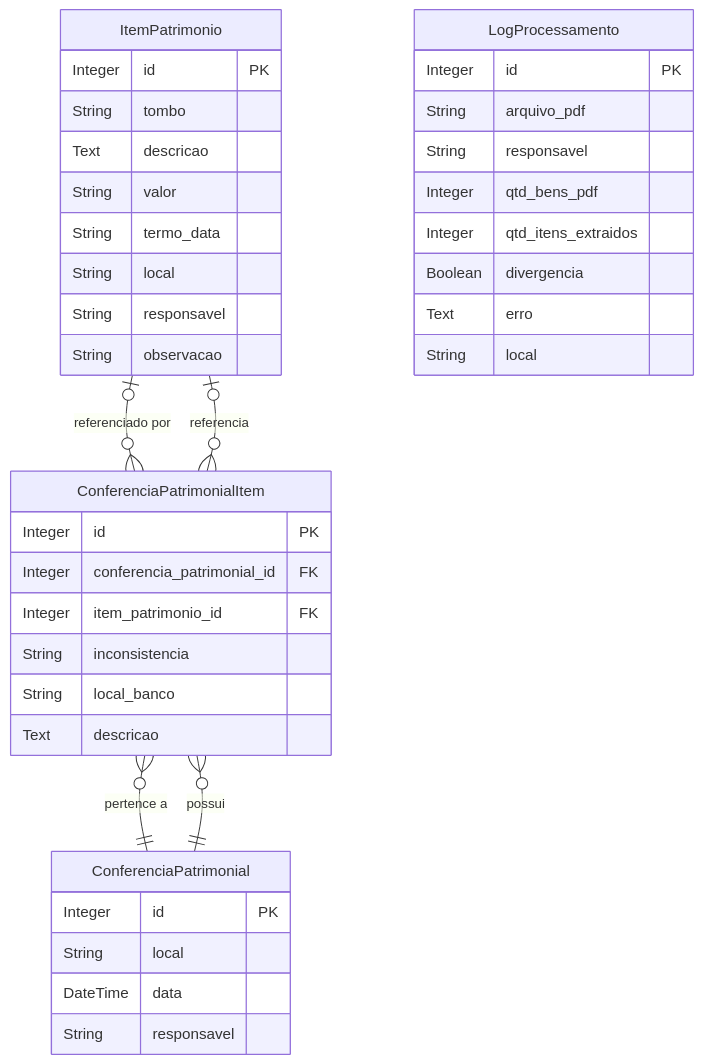
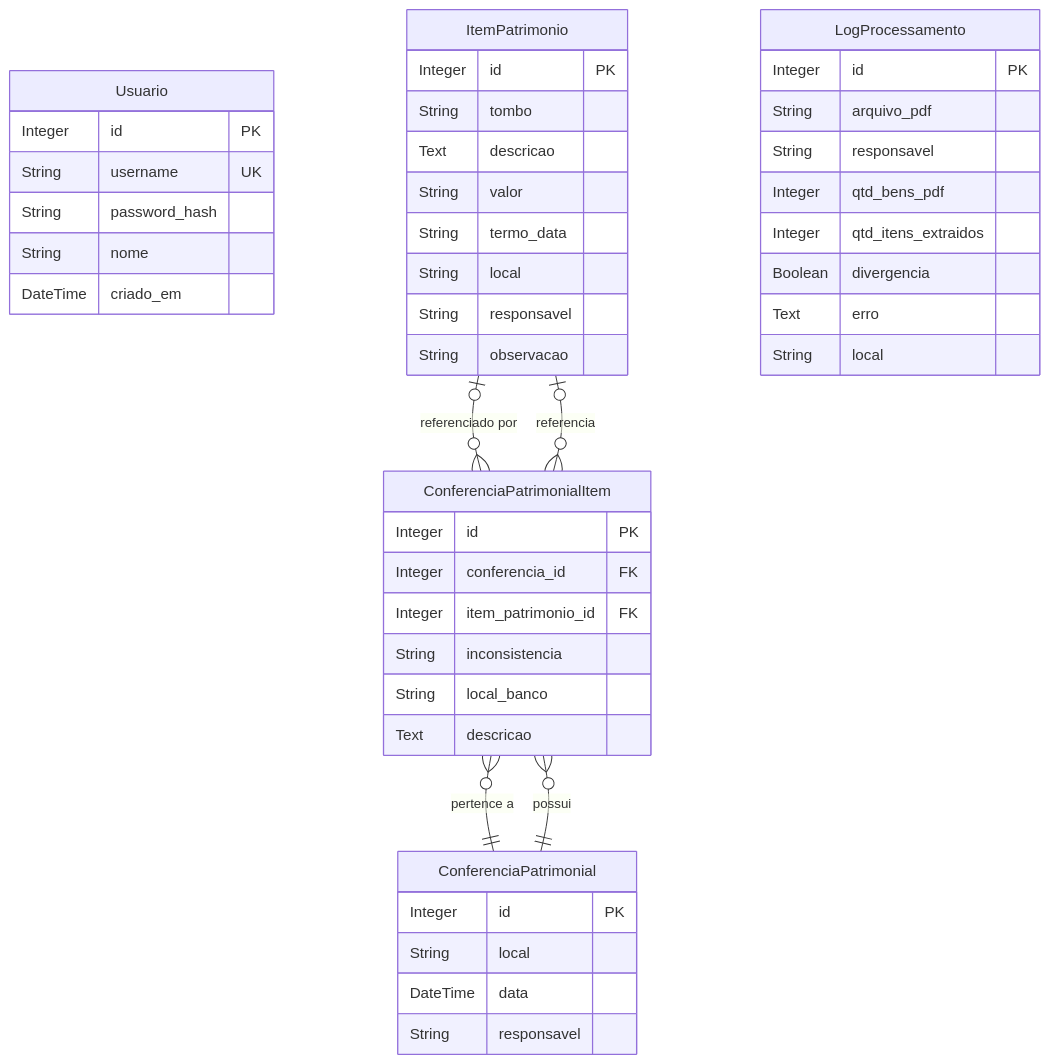
The diagram in README.md (dacom-laboratorio-cm/utf-patrimonio), drawn with Mermaid before and after one commit. The commit also changed other lines of this file and 10 other files, not shown here.

````diff
--- a/README.md
+++ b/README.md
@@ -130,41 +162,48 @@
 ```mermaid
 erDiagram
+    Usuario {
+        Integer id PK
+        String username UK
+        String password_hash
+        String nome
+        DateTime criado_em
+    }
     ItemPatrimonio {
         Integer id PK
         String tombo
         Text descricao
         String valor
         String termo_data
         String local
         String responsavel
         String observacao
     }
     LogProcessamento {
         Integer id PK
         String arquivo_pdf
         String responsavel
         Integer qtd_bens_pdf
         Integer qtd_itens_extraidos
         Boolean divergencia
         Text erro
         String local
     }
     ConferenciaPatrimonial {
         Integer id PK
         String local
         DateTime data
         String responsavel
     }
     ConferenciaPatrimonialItem {
         Integer id PK
-        Integer conferencia_patrimonial_id FK
+        Integer conferencia_id FK
         Integer item_patrimonio_id FK
         String inconsistencia
         String local_banco
         Text descricao
     }
     ConferenciaPatrimonial ||--o{ ConferenciaPatrimonialItem : "possui"
     ConferenciaPatrimonialItem }o--|| ConferenciaPatrimonial : "pertence a"
     ItemPatrimonio |o--o{ ConferenciaPatrimonialItem : "referenciado por"
     ConferenciaPatrimonialItem }o--o| ItemPatrimonio : "referencia"
 ```
````
